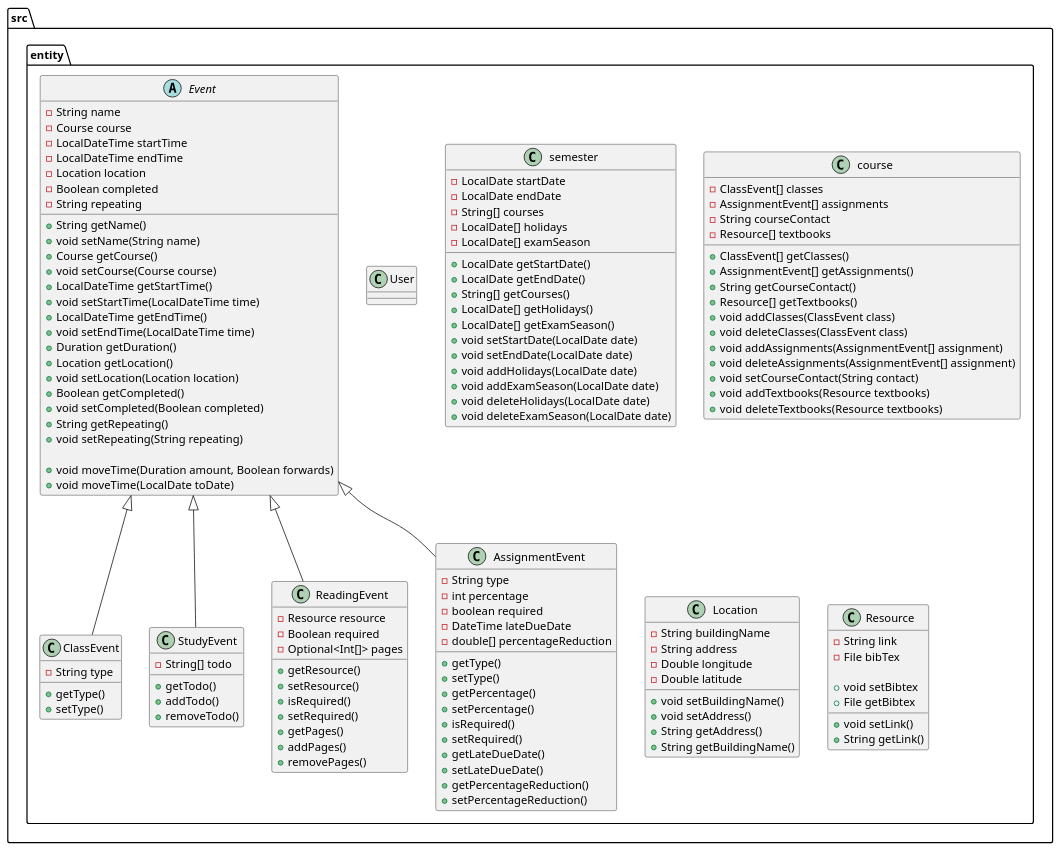
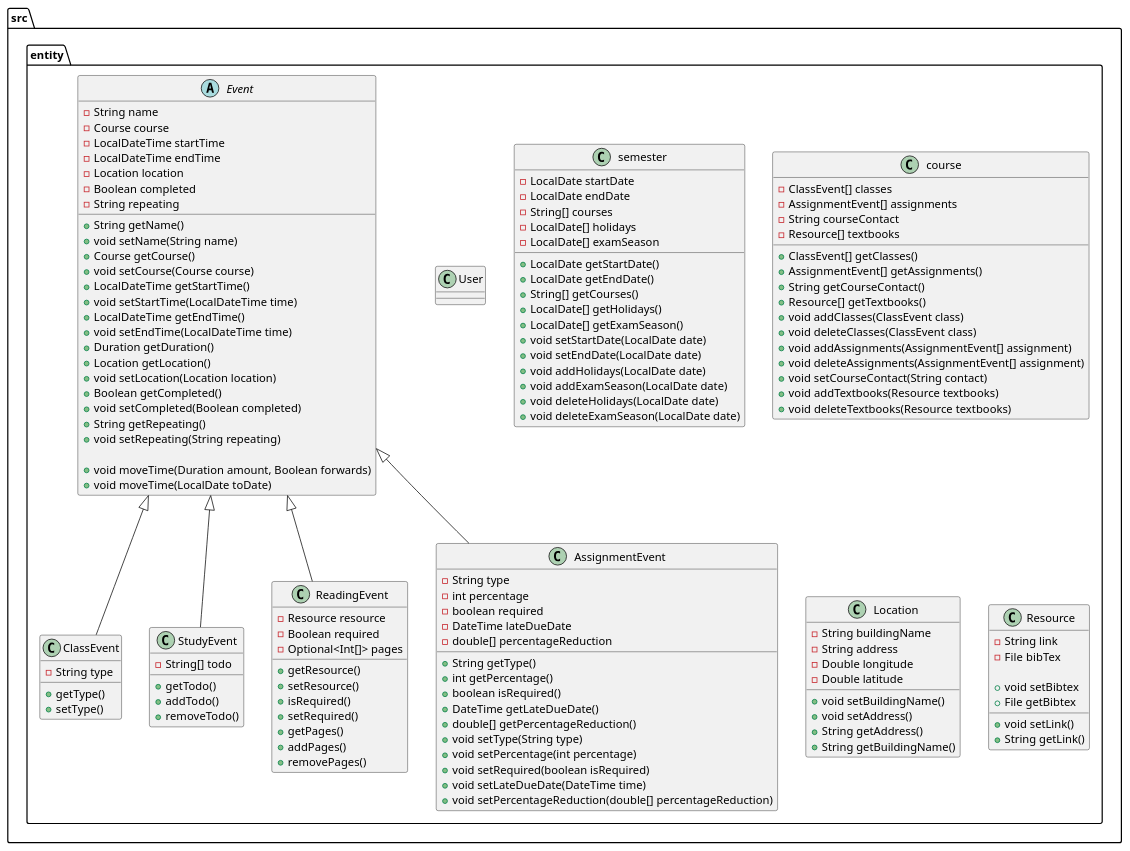
Before and after one commit to Rafiah-n/AcademiCal: the diagram in DESIGN.puml, drawn with PlantUML.

Commit message:
Specified return types for AssignmentEvent

```diff
--- a/DESIGN.puml
+++ b/DESIGN.puml
@@ -1,157 +1,157 @@
 @startuml
 
 folder src {
 
     folder entity {
 
         abstract Event {
             - String name
             - Course course
             - LocalDateTime startTime
             - LocalDateTime endTime
             - Location location
             - Boolean completed
             - String repeating  /' weekly, monthly, daily, biweekly... '/
                                 /' could probably use a better type than String '/
 
             + String getName()
             + void setName(String name)
             + Course getCourse()
             + void setCourse(Course course)
             + LocalDateTime getStartTime()
             + void setStartTime(LocalDateTime time)
             + LocalDateTime getEndTime()
             + void setEndTime(LocalDateTime time)
             + Duration getDuration()
             + Location getLocation()
             + void setLocation(Location location)
             + Boolean getCompleted()
             + void setCompleted(Boolean completed)
             + String getRepeating()
             + void setRepeating(String repeating)
 
             ' Moves start and end times in unison
             + void moveTime(Duration amount, Boolean forwards)
             + void moveTime(LocalDate toDate)
         }
 
         class ClassEvent extends Event {
             - String type
 
             + getType()
             + setType()
         }
 
         class StudyEvent extends Event {
             - String[] todo
 
             + getTodo()
             + addTodo()
             + removeTodo()
         }
 
         class ReadingEvent extends Event {
             - Resource resource
             - Boolean required
             - Optional<Int[]> pages
 
             + getResource()
             + setResource()
             + isRequired()
             + setRequired()
             + getPages()
             + addPages()
             + removePages()
         }
 
         class AssignmentEvent extends Event {
             - String type
             - int percentage
             - boolean required
             - DateTime lateDueDate
             - double[] percentageReduction
 
 
-            + getType()
-            + setType()
-            + getPercentage()
-            + setPercentage()
-            + isRequired()
-            + setRequired()
-            + getLateDueDate()
-            + setLateDueDate()
-            + getPercentageReduction()
-            + setPercentageReduction()
+            + String getType()
+            + int getPercentage()
+            + boolean isRequired()
+            + DateTime getLateDueDate()
+            + double[] getPercentageReduction()
+            + void setType(String type)
+            + void setPercentage(int percentage)
+            + void setRequired(boolean isRequired)
+            + void setLateDueDate(DateTime time)
+            + void setPercentageReduction(double[] percentageReduction)
         }
 
         class User {
             ' Unimplemented for now
         }
 
         class semester{
             - LocalDate startDate
             - LocalDate endDate
             - String[] courses
             - LocalDate[] holidays
             - LocalDate[] examSeason
 
             + LocalDate getStartDate()
             + LocalDate getEndDate()
             + String[] getCourses()
             + LocalDate[] getHolidays()
             + LocalDate[] getExamSeason()
             + void setStartDate(LocalDate date)
             + void setEndDate(LocalDate date)
             + void addHolidays(LocalDate date)
             + void addExamSeason(LocalDate date)
             + void deleteHolidays(LocalDate date)
             + void deleteExamSeason(LocalDate date)
         }
 
         class course {
             - ClassEvent[] classes
             - AssignmentEvent[] assignments
             - String courseContact
             - Resource[] textbooks
 
             + ClassEvent[] getClasses()
             + AssignmentEvent[] getAssignments()
             + String getCourseContact()
             + Resource[] getTextbooks()
             + void addClasses(ClassEvent class)
             + void deleteClasses(ClassEvent class)
             + void addAssignments(AssignmentEvent[] assignment)
             + void deleteAssignments(AssignmentEvent[] assignment)
             + void setCourseContact(String contact)
             + void addTextbooks(Resource textbooks)
             + void deleteTextbooks(Resource textbooks)
         }
 
         class Location{
             - String buildingName
             - String address
             - Double longitude
             - Double latitude
 
             + void setBuildingName()
             + void setAddress()
             + String getAddress()
             + String getBuildingName()
         }
 
         class Resource{
             - String link
             - File bibTex
 
             + void setLink()
             + String getLink()
             + void setBibtex
             + File getBibtex
         }
 
     }  /' folder entity '/
 
 
 }  /' folder src '/
 
 @enduml
```
